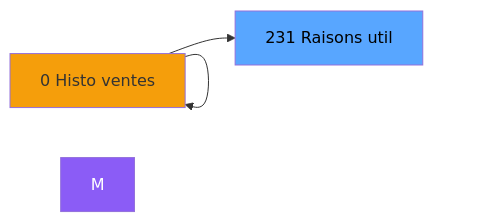
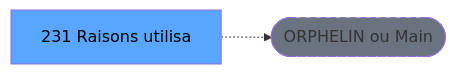
The second of 3 diagrams in .openspec/renders/ADH-IDE-231.md (thonyAGP/lecteur-magic), drawn with Mermaid before and after one commit. The commit also changed other lines of this file and 701 other files, not shown here.

````diff
--- a/.openspec/renders/ADH-IDE-231.md
+++ b/.openspec/renders/ADH-IDE-231.md
@@ -118,21 +117,8 @@
 ```mermaid
 graph LR
-    N0[0 Transaction ]
-    N0[0 Print extrai]
-    N0[0 Histo ventes]
-    N0[0 Histo ventes]
-    N0[0 Histo ventes]
-    T[231 Raisons util]
-    N0 --> N0
-    N0 --> N0
-    N0 --> N0
-    N0 --> N0
-    N0 --> T
-    style M fill:#8b5cf6,color:#fff
-    style N0 fill:#f59e0b
-    style N0 fill:#f59e0b
-    style N0 fill:#f59e0b
-    style N0 fill:#f59e0b
-    style N0 fill:#f59e0b
+    T[231 Raisons utilisa]
+    ORPHAN([ORPHELIN ou Main])
+    T -.-> ORPHAN
     style T fill:#58a6ff,color:#000
+    style ORPHAN fill:#6b7280,stroke-dasharray: 5 5
 ```
````
